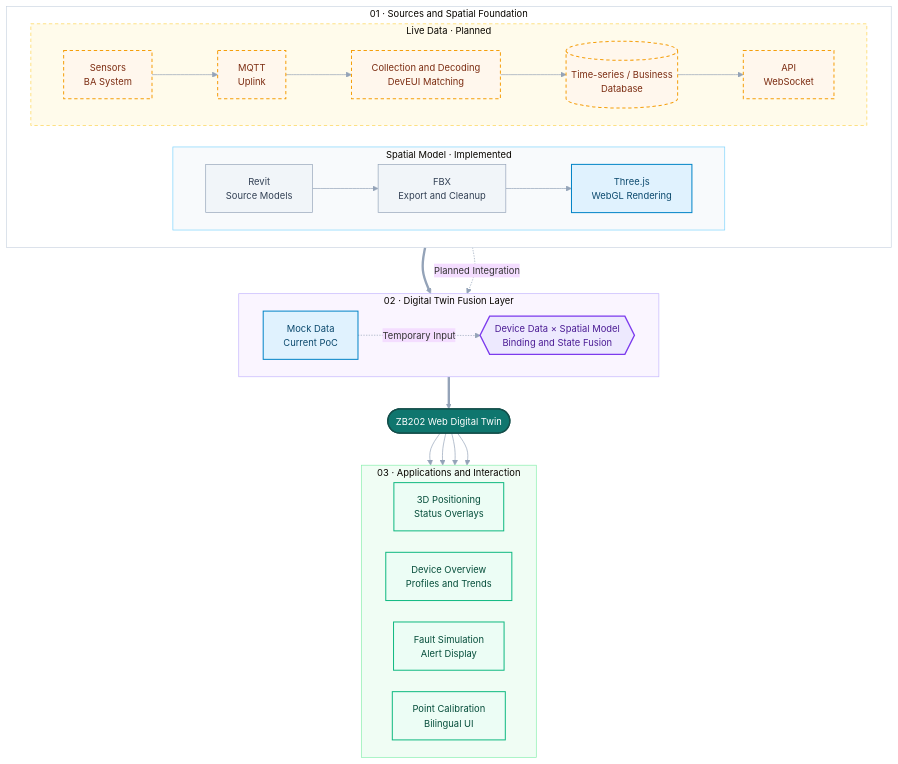
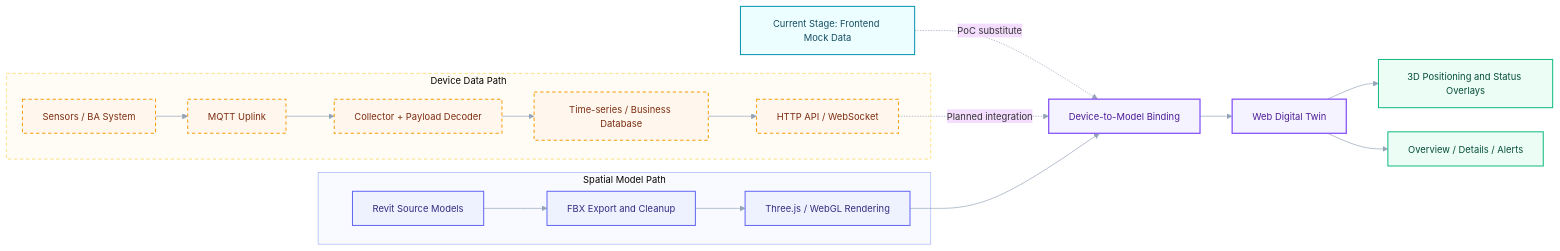
The diagram in README.en.md (LYUml/ZB202_DT), drawn with Mermaid before and after one commit. The commit also changed 1 other file, not shown here.

Commit message:
update mermaid 2

````diff
--- a/README.en.md
+++ b/README.en.md
@@ -29,54 +29,37 @@
 ```mermaid
-%%{init: {"theme": "base", "flowchart": {"curve": "basis", "nodeSpacing": 32, "rankSpacing": 48}, "themeVariables": {"fontFamily": "Inter, Arial, sans-serif", "fontSize": "14px", "lineColor": "#94a3b8"}}}%%
-flowchart TB
-  subgraph SOURCES["01 · Sources and Spatial Foundation"]
-    direction LR
-    subgraph MODEL["Spatial Model · Implemented"]
-      direction LR
-      RVT["Revit<br/>Source Models"] --> FBX["FBX<br/>Export and Cleanup"] --> THREE["Three.js<br/>WebGL Rendering"]
-    end
-    subgraph DATA["Live Data · Planned"]
-      direction LR
-      SENSOR["Sensors<br/>BA System"] --> MQTT["MQTT<br/>Uplink"] --> SERVICE["Collection and Decoding<br/>DevEUI Matching"] --> DB[("Time-series / Business<br/>Database")] --> API["API<br/>WebSocket"]
-    end
+%%{init: {"theme": "base", "flowchart": {"curve": "basis", "nodeSpacing": 36, "rankSpacing": 48}, "themeVariables": {"fontFamily": "Inter, Arial, sans-serif", "fontSize": "14px", "lineColor": "#94a3b8"}}}%%
+flowchart LR
+  subgraph MODEL["Spatial Model Path"]
+    RVT["Revit Source Models"] --> FBX["FBX Export and Cleanup"]
+    FBX --> THREE["Three.js / WebGL Rendering"]
   end
 
-  subgraph CORE["02 · Digital Twin Fusion Layer"]
-    direction LR
-    MOCK["Mock Data<br/>Current PoC"] -. "Temporary Input" .-> BIND{{"Device Data × Spatial Model<br/>Binding and State Fusion"}}
-    THREE ==> BIND
-    API -. "Planned Integration" .-> BIND
+  subgraph DATA["Device Data Path"]
+    SENSOR["Sensors / BA System"] --> MQTT["MQTT Uplink"]
+    MQTT --> COLLECTOR["Collector + Payload Decoder"]
+    COLLECTOR --> DB["Time-series / Business Database"]
+    DB --> API["HTTP API / WebSocket"]
   end
 
-  BIND ==> APP(["ZB202 Web Digital Twin"])
+  MOCK["Current Stage: Frontend Mock Data"] -. PoC substitute .-> BIND
+  API -. Planned integration .-> BIND["Device-to-Model Binding"]
+  THREE --> BIND
+  BIND --> APP["Web Digital Twin"]
+  APP --> VIEW["3D Positioning and Status Overlays"]
+  APP --> DASH["Overview / Details / Alerts"]
 
-  subgraph EXPERIENCE["03 · Applications and Interaction"]
-    direction LR
-    VIEW["3D Positioning<br/>Status Overlays"]
-    DASH["Device Overview<br/>Profiles and Trends"]
-    ALERT["Fault Simulation<br/>Alert Display"]
-    CALIBRATE["Point Calibration<br/>Bilingual UI"]
-  end
-
-  APP --> VIEW & DASH & ALERT & CALIBRATE
-
-  classDef source fill:#f1f5f9,stroke:#94a3b8,color:#334155,stroke-width:1px;
-  classDef current fill:#e0f2fe,stroke:#0284c7,color:#0c4a6e,stroke-width:1.5px;
+  classDef model fill:#eef2ff,stroke:#6366f1,color:#312e81,stroke-width:1.5px;
+  classDef current fill:#ecfeff,stroke:#0891b2,color:#164e63,stroke-width:1.5px;
   classDef planned fill:#fff7ed,stroke:#f59e0b,color:#7c2d12,stroke-width:1.5px,stroke-dasharray:5 4;
-  classDef core fill:#ede9fe,stroke:#7c3aed,color:#4c1d95,stroke-width:2px;
-  classDef product fill:#0f766e,stroke:#134e4a,color:#ffffff,stroke-width:2px;
+  classDef core fill:#f5f3ff,stroke:#8b5cf6,color:#4c1d95,stroke-width:2px;
   classDef output fill:#ecfdf5,stroke:#10b981,color:#064e3b,stroke-width:1.5px;
 
-  class RVT,FBX source;
-  class THREE,MOCK current;
-  class SENSOR,MQTT,SERVICE,DB,API planned;
-  class BIND core;
-  class APP product;
-  class VIEW,DASH,ALERT,CALIBRATE output;
+  class RVT,FBX,THREE model;
+  class MOCK current;
+  class SENSOR,MQTT,COLLECTOR,DB,API planned;
+  class BIND,APP core;
+  class VIEW,DASH output;
 
-  style SOURCES fill:#ffffff,stroke:#cbd5e1,stroke-width:1px
-  style MODEL fill:#f8fafc,stroke:#7dd3fc,stroke-width:1px
-  style DATA fill:#fffbeb,stroke:#fcd34d,stroke-width:1px,stroke-dasharray:5 4
-  style CORE fill:#faf5ff,stroke:#c4b5fd,stroke-width:1px
-  style EXPERIENCE fill:#f0fdf4,stroke:#86efac,stroke-width:1px
+  style MODEL fill:#f8faff,stroke:#a5b4fc,stroke-width:1px
+  style DATA fill:#fffbf5,stroke:#fcd34d,stroke-width:1px,stroke-dasharray:5 4
 ```
````
